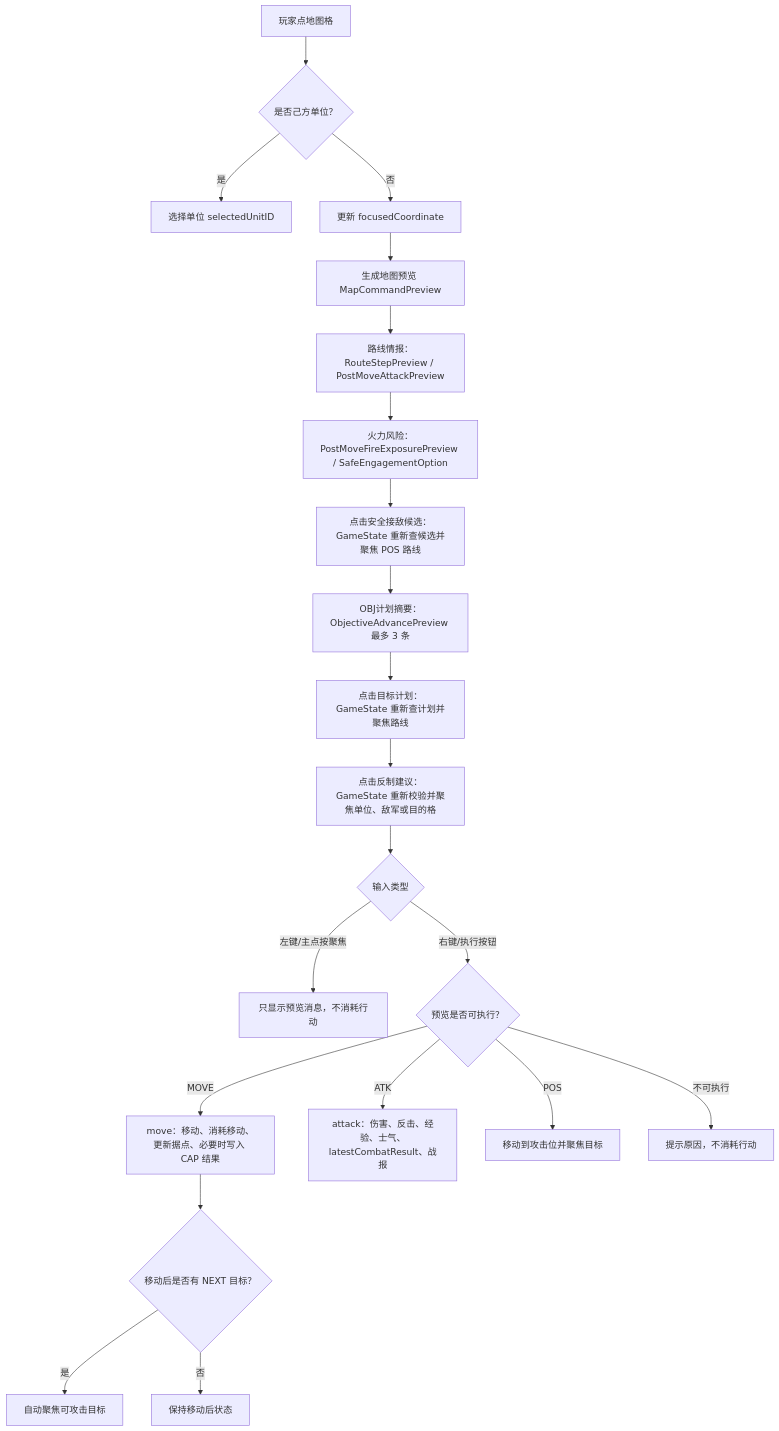
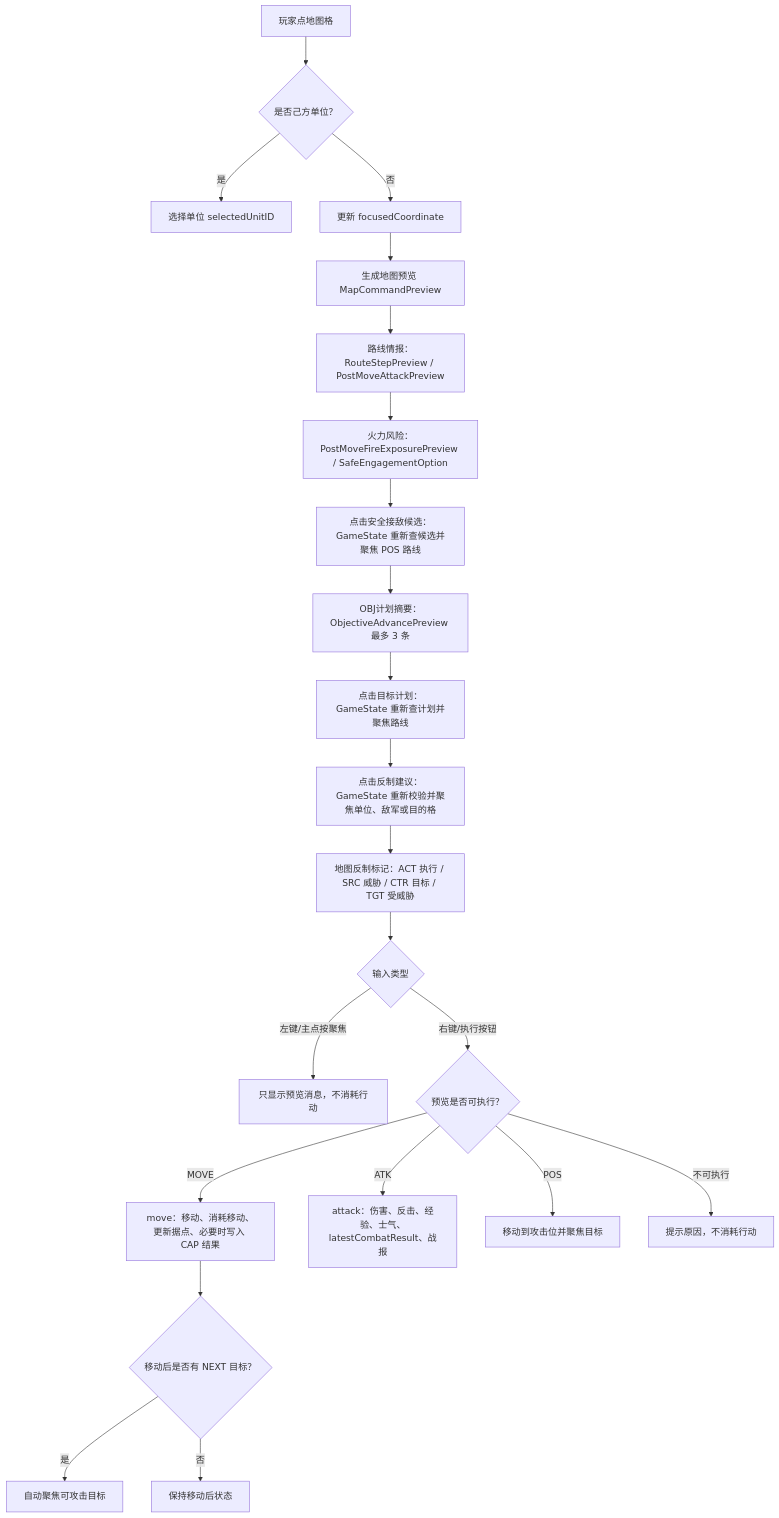
Before and after one commit to Altman-sam114/116: the second of 5 diagrams in md/flow/flowchart.md, drawn with Mermaid. The commit also changed other lines of this file and 10 other files, not shown here.

Commit message:
v1.13: 支持反制建议地图标记

````diff
--- a/md/flow/flowchart.md
+++ b/md/flow/flowchart.md
@@ -30,23 +30,24 @@
 ```mermaid
 flowchart TD
   A["玩家点地图格"] --> B{"是否己方单位？"}
   B -->|是| C["选择单位 selectedUnitID"]
   B -->|否| D["更新 focusedCoordinate"]
   D --> E["生成地图预览 MapCommandPreview"]
   E --> R["路线情报：RouteStepPreview / PostMoveAttackPreview"]
   R --> X["火力风险：PostMoveFireExposurePreview / SafeEngagementOption"]
   X --> SP["点击安全接敌候选：GameState 重新查候选并聚焦 POS 路线"]
   SP --> OP["OBJ计划摘要：ObjectiveAdvancePreview 最多 3 条"]
   OP --> OC["点击目标计划：GameState 重新查计划并聚焦路线"]
   OC --> CM["点击反制建议：GameState 重新校验并聚焦单位、敌军或目的格"]
-  CM --> F{"输入类型"}
+  CM --> MK["地图反制标记：ACT 执行 / SRC 威胁 / CTR 目标 / TGT 受威胁"]
+  MK --> F{"输入类型"}
   F -->|左键/主点按聚焦| G["只显示预览消息，不消耗行动"]
   F -->|右键/执行按钮| H{"预览是否可执行？"}
   H -->|MOVE| I["move：移动、消耗移动、更新据点、必要时写入 CAP 结果"]
   H -->|ATK| J["attack：伤害、反击、经验、士气、latestCombatResult、战报"]
   H -->|POS| K["移动到攻击位并聚焦目标"]
   H -->|不可执行| L["提示原因，不消耗行动"]
   I --> M{"移动后是否有 NEXT 目标？"}
   M -->|是| N["自动聚焦可攻击目标"]
   M -->|否| O["保持移动后状态"]
 ```
````
